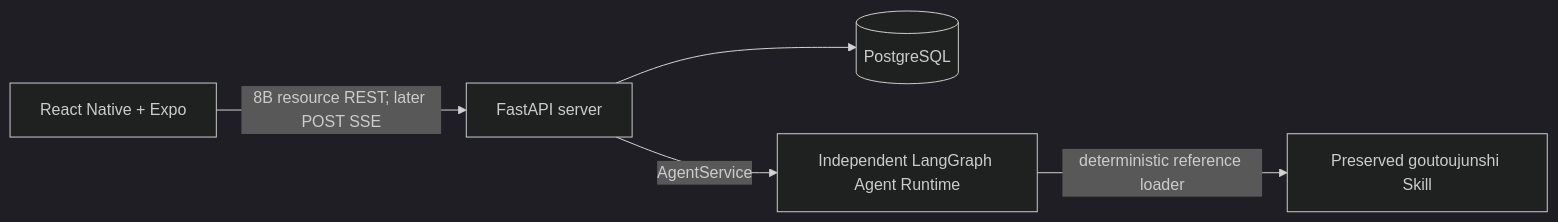
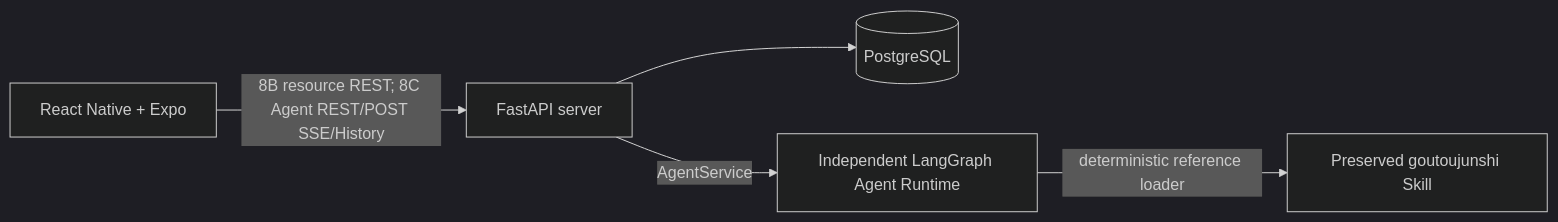
Before and after one commit to Lack666/goutouapp: the diagram in docs/ARCHITECTURE.md, drawn with Mermaid (dark theme). The commit also changed other lines of this file and 44 other files, not shown here.

Commit message:
feat: complete Phase 8C Agent Chat REST and POST SSE integration

````diff
--- a/docs/ARCHITECTURE.md
+++ b/docs/ARCHITECTURE.md
@@ -19,7 +19,7 @@
 ```mermaid
 flowchart LR
-  Mobile[React Native + Expo] -->|8B resource REST; later POST SSE| Server[FastAPI server]
+  Mobile[React Native + Expo] -->|8B resource REST; 8C Agent REST/POST SSE/History| Server[FastAPI server]
   Server --> Database[(PostgreSQL)]
   Server -->|AgentService| Runtime[Independent LangGraph Agent Runtime]
   Runtime -->|deterministic reference loader| Knowledge[Preserved goutoujunshi Skill]
 ```
````
